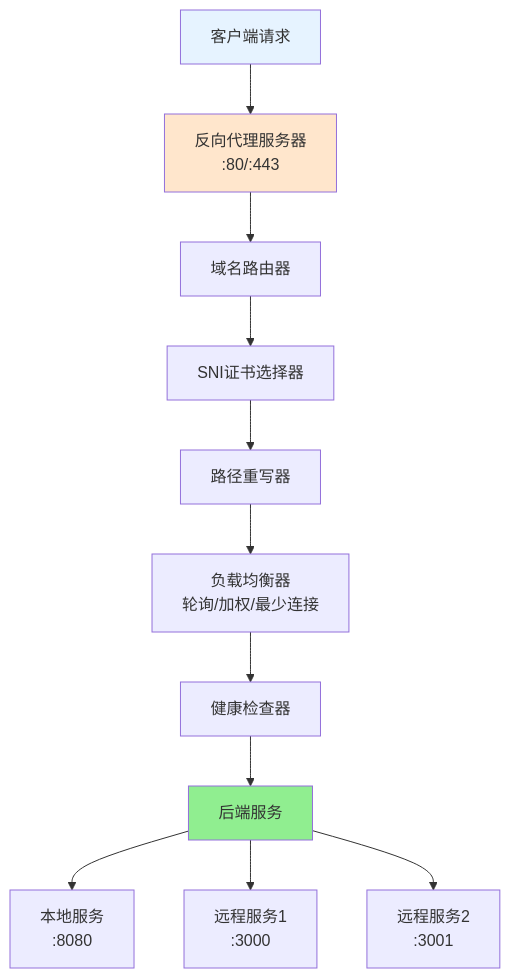
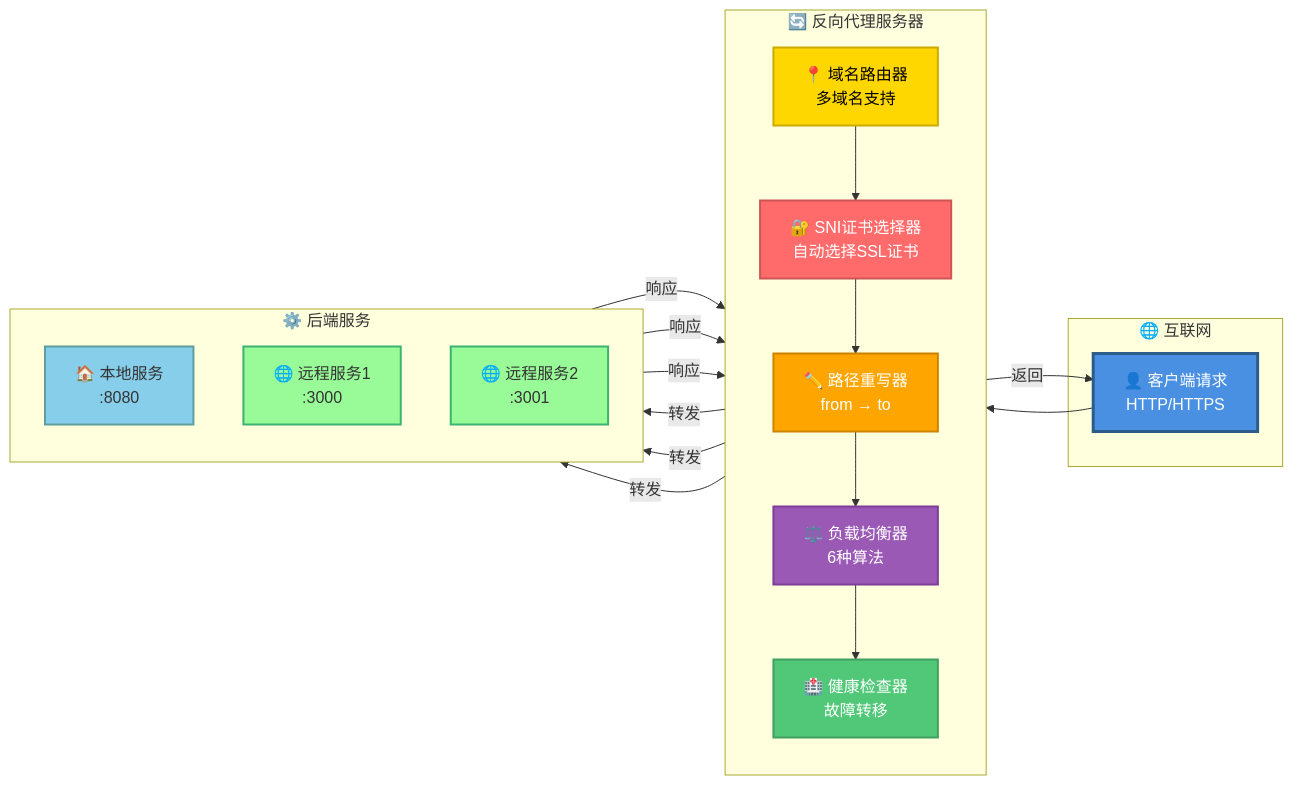
Diagram 12 of 12 in docs/bot.md (sunflowermm/XRK-AGT), drawn with Mermaid before and after one commit. The commit also changed other lines of this file and 9 other files, not shown here.

````diff
--- a/docs/bot.md
+++ b/docs/bot.md
@@ -548,18 +616,46 @@
 ```mermaid
-flowchart TB
-    Client["客户端请求"] --> Proxy["反向代理服务器<br/>:80/:443"]
-    Proxy --> Domain["域名路由器"]
-    Domain --> SNI["SNI证书选择器"]
-    SNI --> Rewrite["路径重写器"]
-    Rewrite --> LB["负载均衡器<br/>轮询/加权/最少连接"]
-    LB --> Health["健康检查器"]
-    Health --> Backend["后端服务"]
+flowchart LR
+    subgraph Internet["🌐 互联网"]
+        Client["👤 客户端请求<br/>HTTP/HTTPS"]
+    end
     
-    Backend --> Backend1["本地服务<br/>:8080"]
-    Backend --> Backend2["远程服务1<br/>:3000"]
-    Backend --> Backend3["远程服务2<br/>:3001"]
+    subgraph Proxy["🔄 反向代理服务器"]
+        direction TB
+        Domain["📍 域名路由器<br/>多域名支持"]
+        SNI["🔐 SNI证书选择器<br/>自动选择SSL证书"]
+        Rewrite["✏️ 路径重写器<br/>from → to"]
+        LB["⚖️ 负载均衡器<br/>6种算法"]
+        Health["🏥 健康检查器<br/>故障转移"]
+    end
     
-    style Client fill:#E6F3FF
-    style Proxy fill:#FFE6CC
-    style Backend fill:#90EE90
+    subgraph Backend["⚙️ 后端服务"]
+        direction TB
+        Backend1["🏠 本地服务<br/>:8080"]
+        Backend2["🌐 远程服务1<br/>:3000"]
+        Backend3["🌐 远程服务2<br/>:3001"]
+    end
+    
+    Client --> Domain
+    Domain --> SNI
+    SNI --> Rewrite
+    Rewrite --> LB
+    LB --> Health
+    Health -->|"转发"| Backend1
+    Health -->|"转发"| Backend2
+    Health -->|"转发"| Backend3
+    
+    Backend1 -->|"响应"| Health
+    Backend2 -->|"响应"| Health
+    Backend3 -->|"响应"| Health
+    Health -->|"返回"| Client
+    
+    style Client fill:#4A90E2,stroke:#2E5C8A,stroke-width:3px,color:#fff
+    style Domain fill:#FFD700,stroke:#CCAA00,stroke-width:2px,color:#000
+    style SNI fill:#FF6B6B,stroke:#CC5555,stroke-width:2px,color:#fff
+    style Rewrite fill:#FFA500,stroke:#CC8400,stroke-width:2px,color:#fff
+    style LB fill:#9B59B6,stroke:#7D3C98,stroke-width:2px,color:#fff
+    style Health fill:#50C878,stroke:#3FA060,stroke-width:2px,color:#fff
+    style Backend1 fill:#87CEEB,stroke:#5F9EA0,stroke-width:2px
+    style Backend2 fill:#98FB98,stroke:#3CB371,stroke-width:2px
+    style Backend3 fill:#98FB98,stroke:#3CB371,stroke-width:2px
 ```
````
